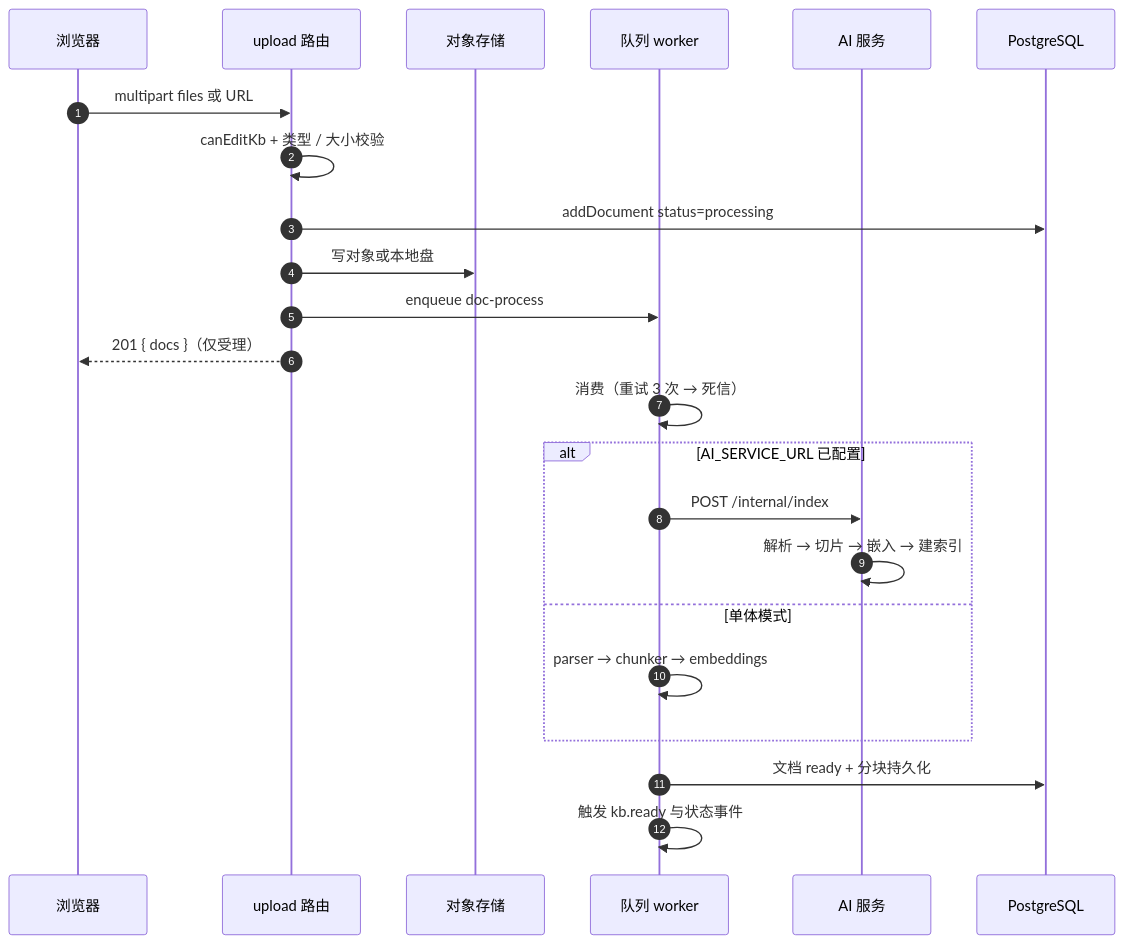
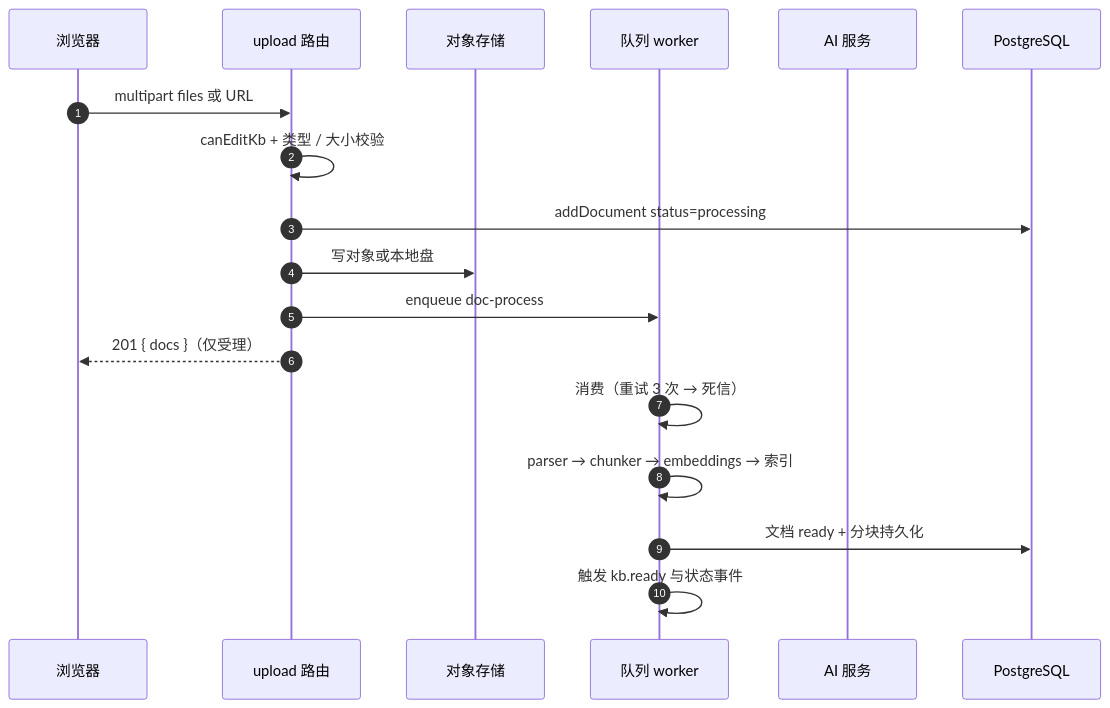
One commit to BlackArt40/KnowledgeAI changed the second of 4 diagrams in docs/architecture/system-design-runtime.md. Above: the diagram before and after it, drawn with Mermaid. The commit also changed other lines of this file and 118 other files, not shown here.

````diff
--- a/docs/architecture/system-design-runtime.md
+++ b/docs/architecture/system-design-runtime.md
@@ -67,26 +67,21 @@
 ```mermaid
 sequenceDiagram
   autonumber
   participant C as 浏览器
   participant U as upload 路由
   participant S as 对象存储
   participant W as 队列 worker
   participant A as AI 服务
   participant D as PostgreSQL
 
   C->>U: multipart files 或 URL
   U->>U: canEditKb + 类型 / 大小校验
   U->>D: addDocument status=processing
   U->>S: 写对象或本地盘
   U->>W: enqueue doc-process
   U-->>C: 201 { docs }（仅受理）
   W->>W: 消费（重试 3 次 → 死信）
-  alt AI_SERVICE_URL 已配置
-    W->>A: POST /internal/index
-    A->>A: 解析 → 切片 → 嵌入 → 建索引
-  else 单体模式
-    W->>W: parser → chunker → embeddings
-  end
+  W->>W: parser → chunker → embeddings → 索引
   W->>D: 文档 ready + 分块持久化
   W->>W: 触发 kb.ready 与状态事件
 ```
````
